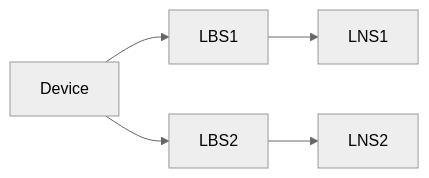
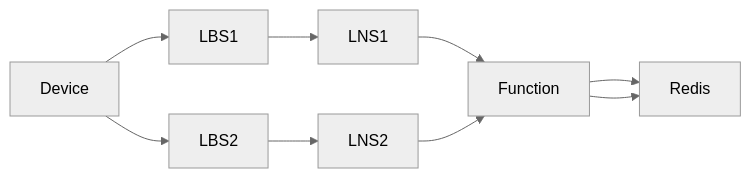
Before and after one commit to Azure/iotedge-lorawan-starterkit: the sixth of 6 diagrams in docs/adr/007_message_deduplication.md, drawn with Mermaid (neutral theme). The commit also changed other lines of this file, not shown here.

Commit message:
add function processing information

````diff
--- a/docs/adr/007_message_deduplication.md
+++ b/docs/adr/007_message_deduplication.md
@@ -213,5 +214,5 @@
 ```mermaid
 flowchart LR;
-    Device-->LBS1-->LNS1;
-    Device-->LBS2-->LNS2;
+    Device-->LBS1-->LNS1-->Function-->Redis;
+    Device-->LBS2-->LNS2-->Function-->Redis;
 ```
````
